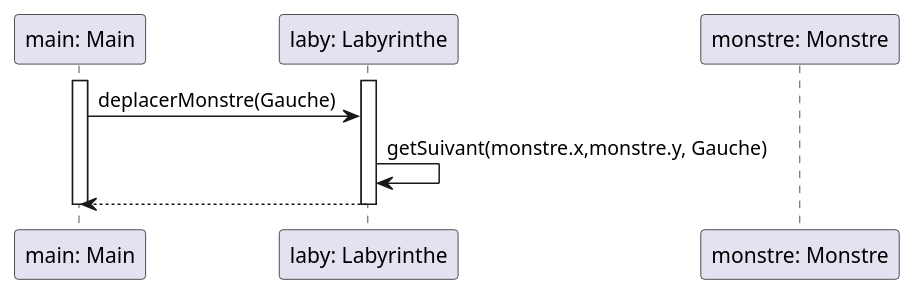
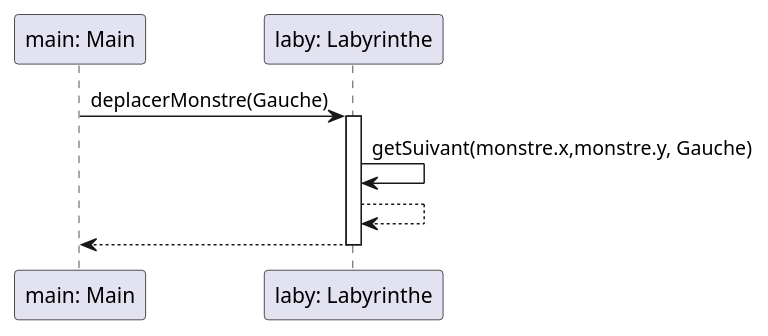
The diagram in documents/version_2/Q17.puml (Stephane-Lpt/SAE_2.01_Zeldiablo), drawn with PlantUML before and after one commit.

Commit message:
modification du diagramme de sequence

```diff
--- a/documents/version_2/Q17.puml
+++ b/documents/version_2/Q17.puml
@@ -1,16 +1,13 @@
 @startuml
 participant "main: Main" as main
 participant "laby: Labyrinthe" as laby
-participant "monstre: Monstre" as monstre
 
-activate main
-    activate laby
-        main -> laby : deplacerMonstre(Gauche)
-        laby -> laby : getSuivant(monstre.x,monstre.y, Gauche)
-        main <-- laby
-    deactivate laby
+main -> laby : deplacerMonstre(Gauche)
 
-deactivate main
-
+activate laby
+    laby -> laby : getSuivant(monstre.x,monstre.y, Gauche)
+    laby --> laby
+    main <-- laby
+deactivate laby
 
 @enduml
```
